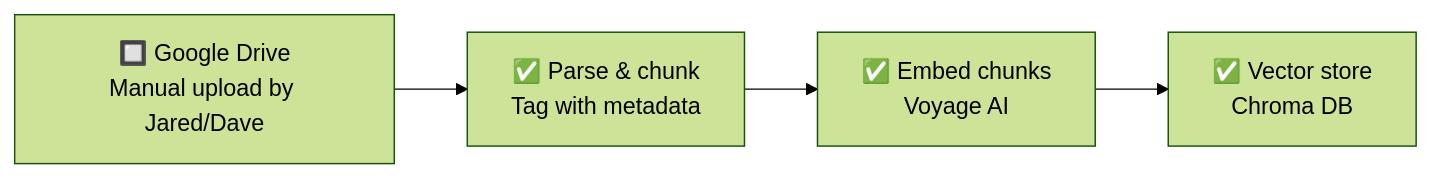
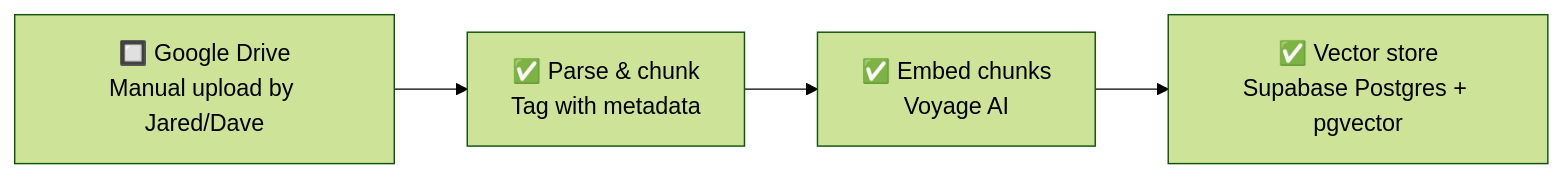
One commit to DaveBarberSHV/vessel-maintenance-platform changed the first of 3 diagrams in docs/architecture.md. Above: the diagram before and after it, drawn with Mermaid (forest theme). The commit also changed other lines of this file and 8 other files, not shown here.

Commit message:
Document Supabase pgvector migration as resolved; stop tracking now-unused Chroma database in git

````diff
--- a/docs/architecture.md
+++ b/docs/architecture.md
@@ -12,6 +12,6 @@
 ```mermaid
 flowchart LR
     A["🔲 Google Drive<br/>Manual upload by Jared/Dave"] --> B["✅ Parse & chunk<br/>Tag with metadata"]
     B --> C["✅ Embed chunks<br/>Voyage AI"]
-    C --> D["✅ Vector store<br/>Chroma DB"]
+    C --> D["✅ Vector store<br/>Supabase Postgres + pgvector"]
 ```
````
